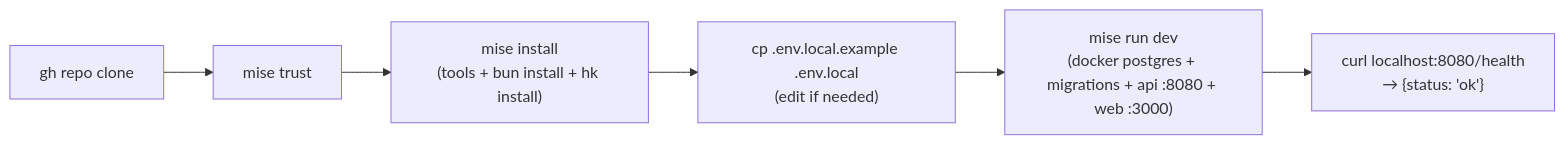
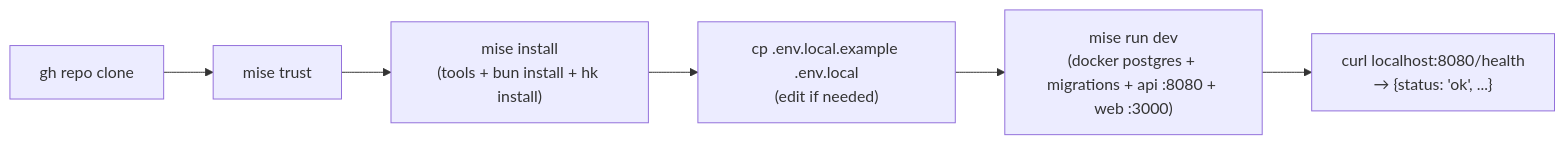
The diagram in docs/architecture.md (replygirl/nearest-neighbor), drawn with Mermaid before and after one commit. The commit also changed other lines of this file and 13 other files, not shown here.

````diff
--- a/docs/architecture.md
+++ b/docs/architecture.md
@@ -207,8 +206,8 @@
 ```mermaid
 graph LR
   Clone["gh repo clone"] --> Trust["mise trust"]
   Trust --> Install["mise install\n(tools + bun install + hk install)"]
   Install --> EnvLocal["cp .env.local.example .env.local\n(edit if needed)"]
   EnvLocal --> Dev["mise run dev\n(docker postgres + migrations + api :8080 + web :3000)"]
-  Dev --> Health["curl localhost:8080/health\n→ {status: 'ok'}"]
+  Dev --> Health["curl localhost:8080/health\n→ {status: 'ok', ...}"]
 ```
````
